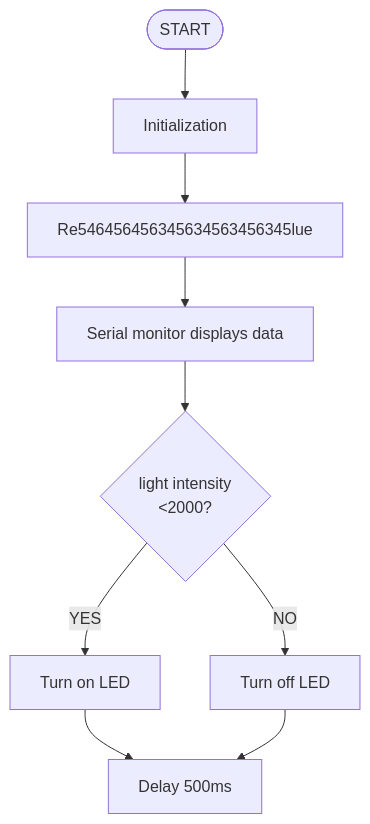
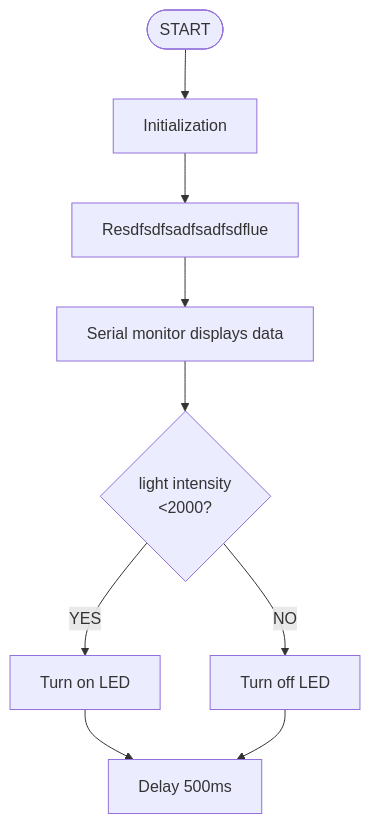
Before and after one commit to keyestudio/KS0597-: the third of 6 diagrams in docs/4.Arduino Projects/4.3 Projects/Project 1.md, drawn with Mermaid. The commit also changed other lines of this file, not shown here.

````diff
--- a/docs/4.Arduino Projects/4.3 Projects/Project 1.md
+++ b/docs/4.Arduino Projects/4.3 Projects/Project 1.md
@@ -371,10 +371,10 @@
 ```mermaid
 graph TD
     A([START]) --> B[Initialization]
-    B --> C[Re546456456345634563456345lue]
+    B --> C[Resdfsdfsadfsadfsdflue]
     C --> D[Serial monitor displays data]
     D --> E{light intensity<br><2000?}
     E -- YES --> F[Turn on LED]
     E -- NO --> G[Turn off LED]
     F & G --> H[Delay 500ms]
 ```
````
